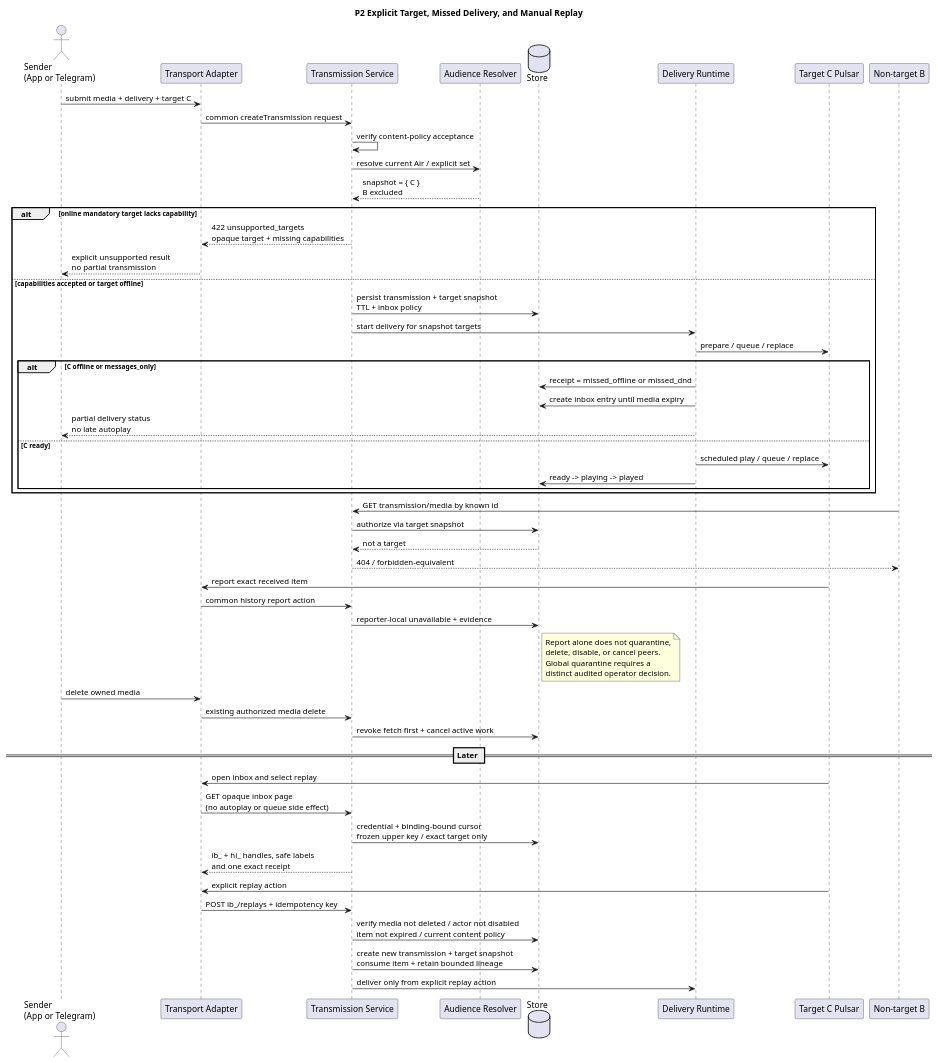
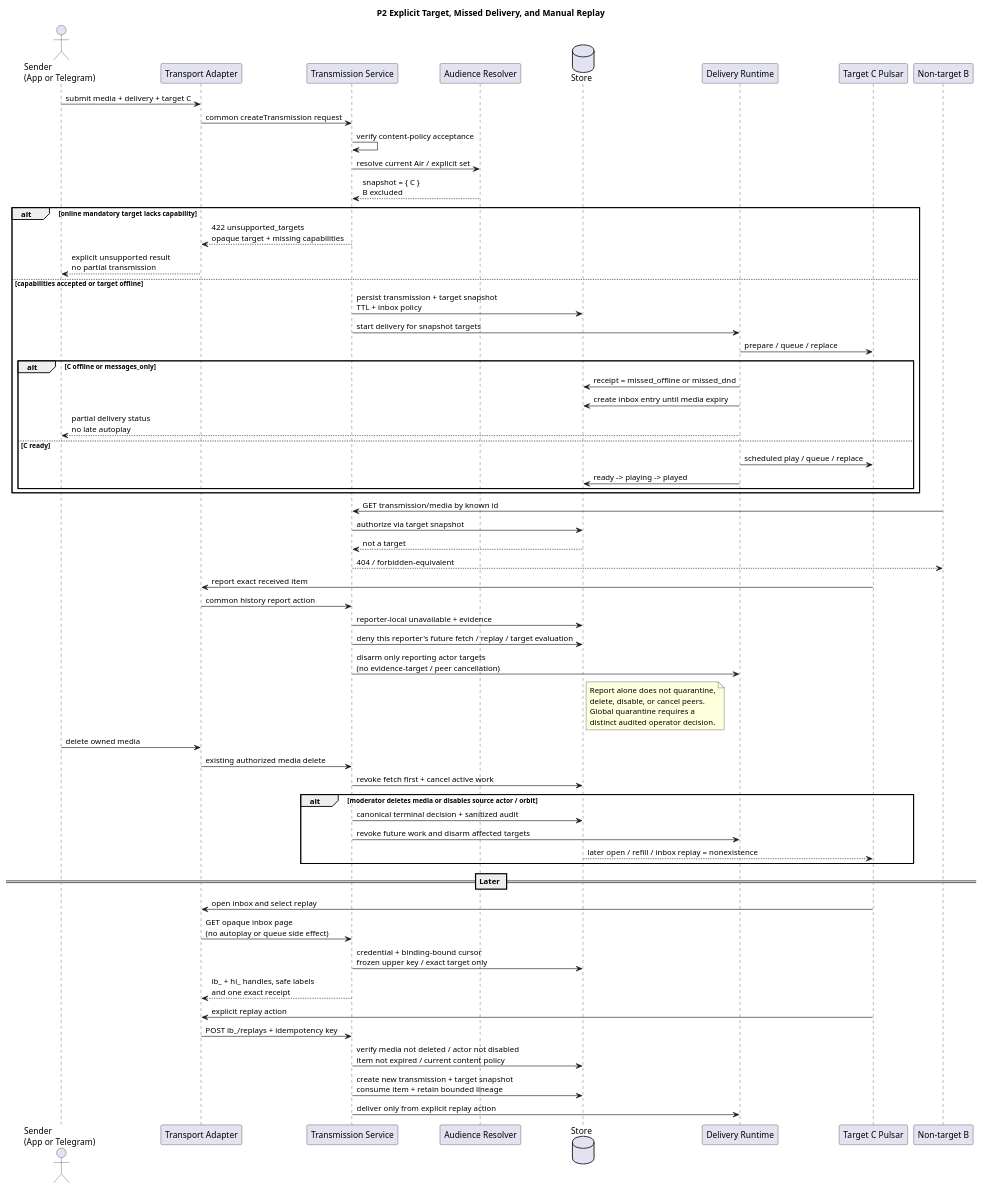
Before and after one commit to relux-works/barycenter: the diagram in docs/diagrams/p2-targets-inbox-parity-sequence.puml, drawn with PlantUML. The commit also changed 17 other files, not shown here.

Commit message:
feat: enforce reporter-local media revocation

```diff
--- a/docs/diagrams/p2-targets-inbox-parity-sequence.puml
+++ b/docs/diagrams/p2-targets-inbox-parity-sequence.puml
@@ -1,71 +1,79 @@
 @startuml
 title P2 Explicit Target, Missed Delivery, and Manual Replay
 
 skinparam backgroundColor white
 skinparam shadowing false
 skinparam defaultTextAlignment left
 
 actor "Sender\n(App or Telegram)" as sender
 participant "Transport Adapter" as adapter
 participant "Transmission Service" as txsvc
 participant "Audience Resolver" as resolver
 database "Store" as db
 participant "Delivery Runtime" as runtime
 participant "Target C Pulsar" as c
 participant "Non-target B" as b
 
 sender -> adapter : submit media + delivery + target C
 adapter -> txsvc : common createTransmission request
 txsvc -> txsvc : verify content-policy acceptance
 txsvc -> resolver : resolve current Air / explicit set
 resolver --> txsvc : snapshot = { C }\nB excluded
 alt online mandatory target lacks capability
   txsvc --> adapter : 422 unsupported_targets\nopaque target + missing capabilities
   adapter --> sender : explicit unsupported result\nno partial transmission
 else capabilities accepted or target offline
 txsvc -> db : persist transmission + target snapshot\nTTL + inbox policy
 txsvc -> runtime : start delivery for snapshot targets
 
 runtime -> c : prepare / queue / replace
 alt C offline or messages_only
   runtime -> db : receipt = missed_offline or missed_dnd
   runtime -> db : create inbox entry until media expiry
   runtime --> sender : partial delivery status\nno late autoplay
 else C ready
   runtime -> c : scheduled play / queue / replace
   runtime -> db : ready -> playing -> played
 end
 end
 
 b -> txsvc : GET transmission/media by known id
 txsvc -> db : authorize via target snapshot
 db --> txsvc : not a target
 txsvc --> b : 404 / forbidden-equivalent
 
 c -> adapter : report exact received item
 adapter -> txsvc : common history report action
 txsvc -> db : reporter-local unavailable + evidence
+txsvc -> db : deny this reporter's future fetch / replay / target evaluation
+txsvc -> runtime : disarm only reporting actor targets\n(no evidence-target / peer cancellation)
 note right of db
   Report alone does not quarantine,
   delete, disable, or cancel peers.
   Global quarantine requires a
   distinct audited operator decision.
 end note
 
 sender -> adapter : delete owned media
 adapter -> txsvc : existing authorized media delete
 txsvc -> db : revoke fetch first + cancel active work
+
+alt moderator deletes media or disables source actor / orbit
+  txsvc -> db : canonical terminal decision + sanitized audit
+  txsvc -> runtime : revoke future work and disarm affected targets
+  db --> c : later open / refill / inbox replay = nonexistence
+end
 
 == Later ==
 
 c -> adapter : open inbox and select replay
 adapter -> txsvc : GET opaque inbox page\n(no autoplay or queue side effect)
 txsvc -> db : credential + binding-bound cursor\nfrozen upper key / exact target only
 txsvc --> adapter : ib_ + hi_ handles, safe labels\nand one exact receipt
 c -> adapter : explicit replay action
 adapter -> txsvc : POST ib_/replays + idempotency key
 txsvc -> db : verify media not deleted / actor not disabled\nitem not expired / current content policy
 txsvc -> db : create new transmission + target snapshot\nconsume item + retain bounded lineage
 txsvc -> runtime : deliver only from explicit replay action
 
 @enduml
```
